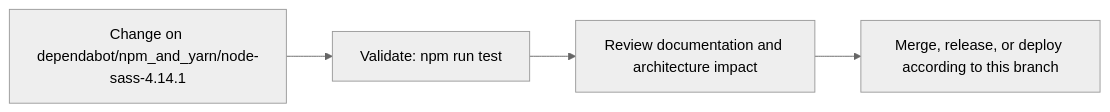
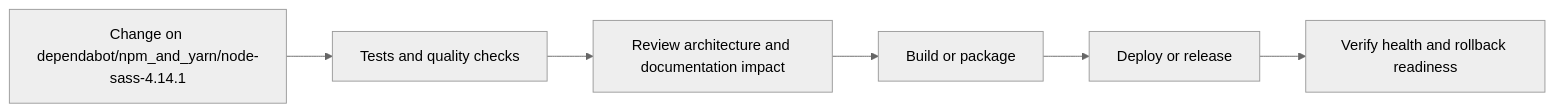
One commit to Nischhalsubba/rismfp-ui changed the fourth of 5 diagrams in README.md. Above: the diagram before and after it, drawn with Mermaid (neutral theme). The commit also changed other lines of this file, not shown here.

````diff
--- a/README.md
+++ b/README.md
@@ -66,8 +135,8 @@
 ```mermaid
 flowchart LR
-    CHANGE["Change on dependabot/npm_and_yarn/node-sass-4.14.1"]
-    CHECK["Validate: npm run test"]
-    REVIEW["Review documentation and architecture impact"]
-    RELEASE["Merge, release, or deploy according to this branch"]
-    CHANGE --> CHECK --> REVIEW --> RELEASE
+    CHANGE["Change on dependabot/npm_and_yarn/node-sass-4.14.1"] --> CHECK["Tests and quality checks"]
+    CHECK --> REVIEW["Review architecture and documentation impact"]
+    REVIEW --> BUILD["Build or package"]
+    BUILD --> DEPLOY["Deploy or release"]
+    DEPLOY --> VERIFY["Verify health and rollback readiness"]
 ```
````
